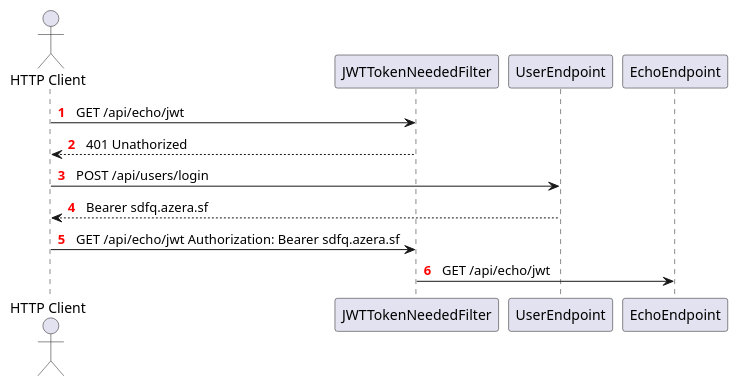
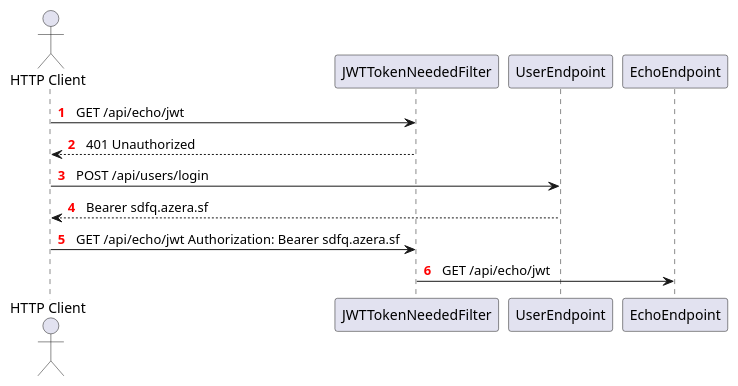
The diagram in 04-JWT/src/main/docs/echoJwt.puml (agoncal/agoncal-sample-jaxrs), drawn with PlantUML before and after one commit.

```diff
--- a/04-JWT/src/main/docs/echoJwt.puml
+++ b/04-JWT/src/main/docs/echoJwt.puml
@@ -1,13 +1,13 @@
 @startuml
 
 autonumber "<font color=red><b>0  "
 actor "HTTP Client" as httpclient
 httpclient -> JWTTokenNeededFilter: GET /api/echo/jwt
-httpclient <-- JWTTokenNeededFilter: 401 Unathorized
+httpclient <-- JWTTokenNeededFilter: 401 Unauthorized
 httpclient -> UserEndpoint: POST /api/users/login
 httpclient <-- UserEndpoint: Bearer sdfq.azera.sf
 httpclient -> JWTTokenNeededFilter: GET /api/echo/jwt Authorization: Bearer sdfq.azera.sf
 JWTTokenNeededFilter -> EchoEndpoint: GET /api/echo/jwt
 
 
 @enduml
```
